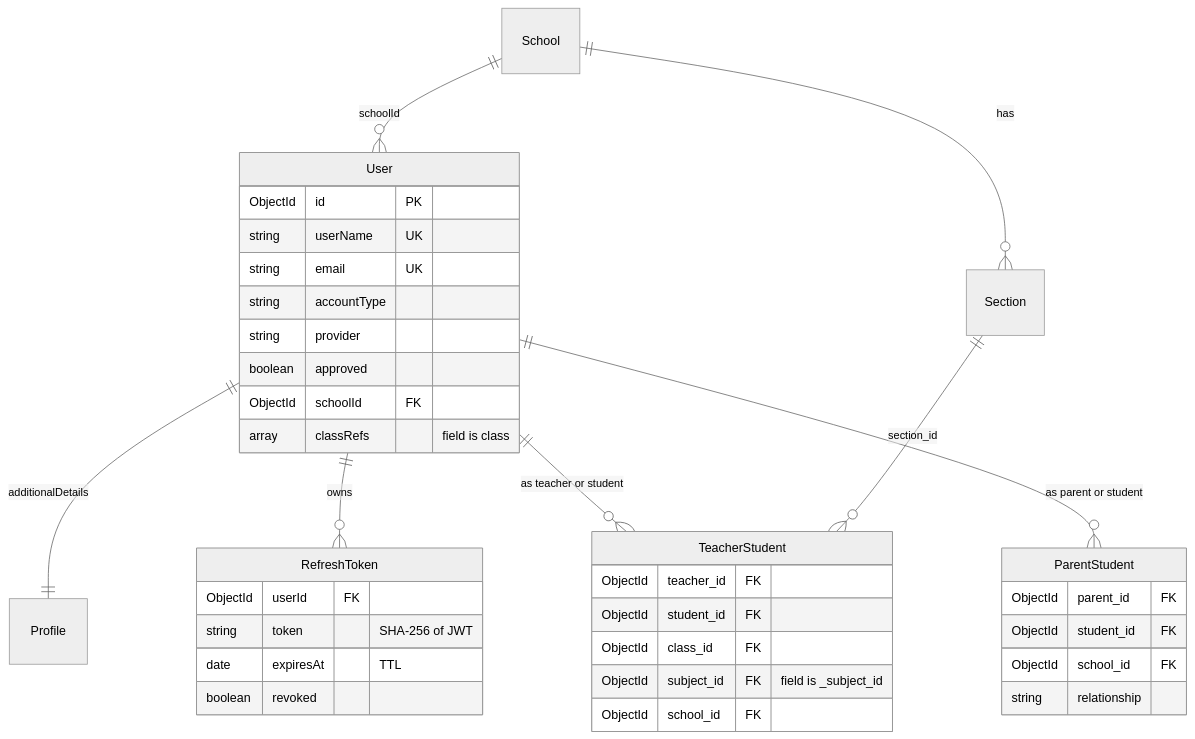
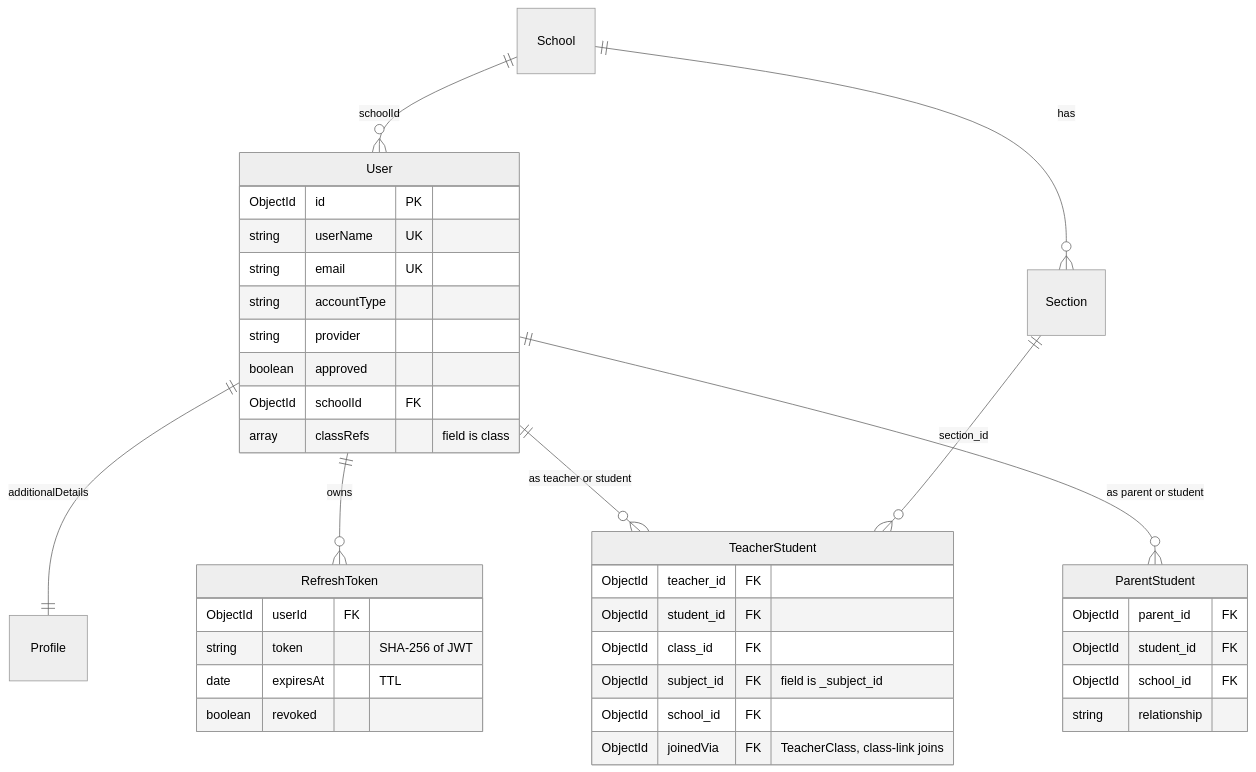
The second of 17 diagrams in docs/backend/lld.md (AskAide-AI/docs), drawn with Mermaid (neutral theme) before and after one commit. The commit also changed other lines of this file and 46 other files, not shown here.

````diff
--- a/docs/backend/lld.md
+++ b/docs/backend/lld.md
@@ -336,39 +368,40 @@
 ```mermaid
 erDiagram
     User ||--|| Profile : "additionalDetails"
     User ||--o{ RefreshToken : "owns"
     School ||--o{ User : "schoolId"
     School ||--o{ Section : "has"
     User ||--o{ TeacherStudent : "as teacher or student"
     User ||--o{ ParentStudent : "as parent or student"
     Section ||--o{ TeacherStudent : "section_id"
     User {
         ObjectId id PK
         string userName UK
         string email UK
         string accountType
         string provider
         boolean approved
         ObjectId schoolId FK
         array classRefs "field is class"
     }
     RefreshToken {
         ObjectId userId FK
         string token "SHA-256 of JWT"
         date expiresAt "TTL"
         boolean revoked
     }
     TeacherStudent {
         ObjectId teacher_id FK
         ObjectId student_id FK
         ObjectId class_id FK
         ObjectId subject_id FK "field is _subject_id"
         ObjectId school_id FK
+        ObjectId joinedVia FK "TeacherClass, class-link joins"
     }
     ParentStudent {
         ObjectId parent_id FK
         ObjectId student_id FK
         ObjectId school_id FK
         string relationship
     }
 ```
````
